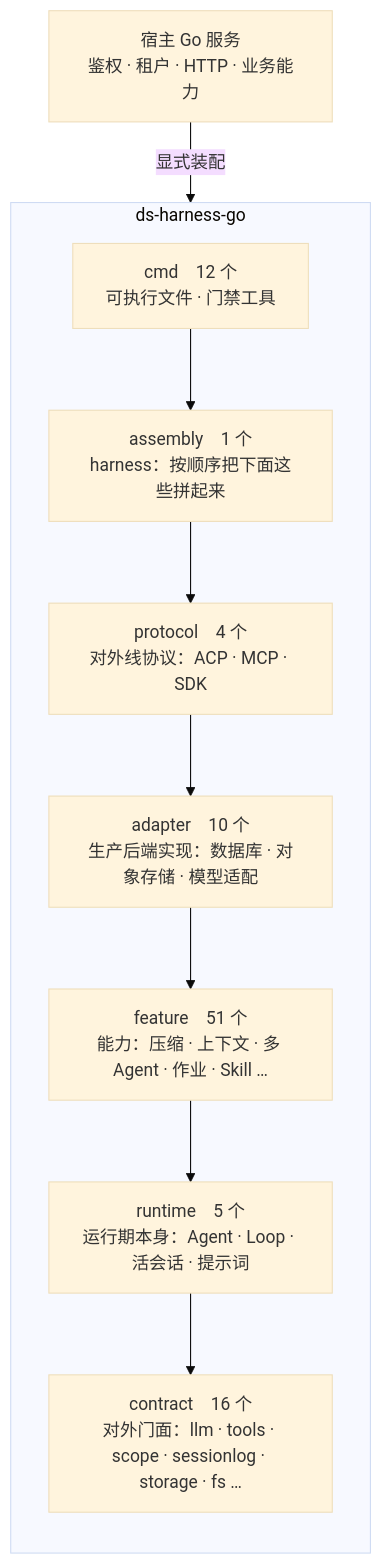
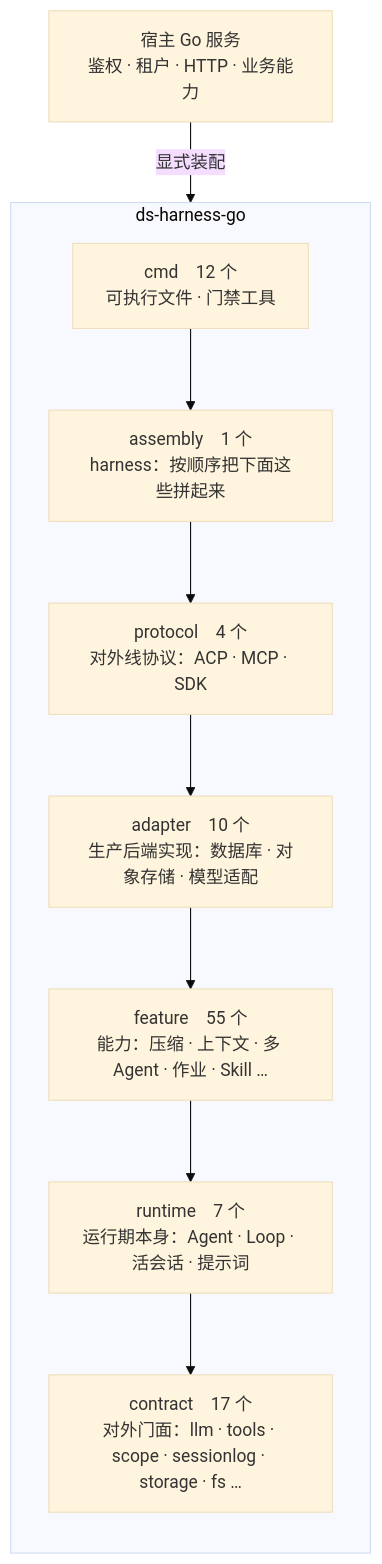
The first of 3 diagrams in docs/architecture.md (snight1983/ds-harness-go), drawn with Mermaid (base theme) before and after one commit. The commit also changed other lines of this file and 67 other files, not shown here.

````diff
--- a/docs/architecture.md
+++ b/docs/architecture.md
@@ -13,24 +13,24 @@
 ```mermaid
 flowchart TB
     Host["宿主 Go 服务<br/>鉴权 · 租户 · HTTP · 业务能力"]
 
     subgraph Runtime["ds-harness-go"]
         direction TB
         Cmd["cmd　12 个<br/>可执行文件 · 门禁工具"]
         Assembly["assembly　1 个<br/>harness：按顺序把下面这些拼起来"]
         Protocol["protocol　4 个<br/>对外线协议：ACP · MCP · SDK"]
         Adapter["adapter　10 个<br/>生产后端实现：数据库 · 对象存储 · 模型适配"]
-        Feature["feature　51 个<br/>能力：压缩 · 上下文 · 多 Agent · 作业 · Skill …"]
-        RuntimeTier["runtime　5 个<br/>运行期本身：Agent · Loop · 活会话 · 提示词"]
-        Contract["contract　16 个<br/>对外门面：llm · tools · scope · sessionlog · storage · fs …"]
+        Feature["feature　55 个<br/>能力：压缩 · 上下文 · 多 Agent · 作业 · Skill …"]
+        RuntimeTier["runtime　7 个<br/>运行期本身：Agent · Loop · 活会话 · 提示词"]
+        Contract["contract　17 个<br/>对外门面：llm · tools · scope · sessionlog · storage · fs …"]
 
         Cmd --> Assembly
         Assembly --> Protocol
         Protocol --> Adapter
         Adapter --> Feature
         Feature --> RuntimeTier
         RuntimeTier --> Contract
     end
 
     Host -->|显式装配| Runtime
 ```
````
